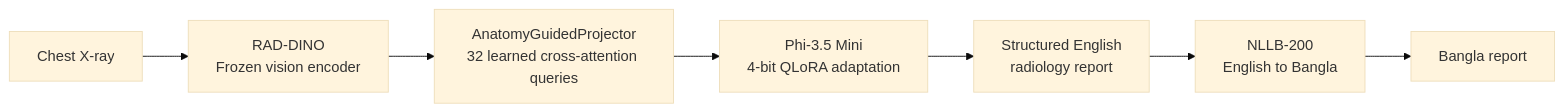
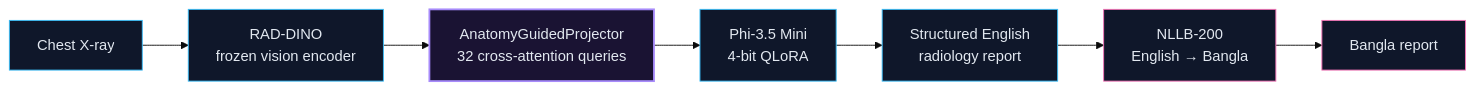
Before and after one commit to ahasan-ullah/Thesis: the diagram in README.md, drawn with Mermaid (base theme). The commit also changed other lines of this file and 4 other files, not shown here.

````diff
--- a/README.md
+++ b/README.md
@@ -17,9 +102,16 @@
 ```mermaid
 flowchart LR
-    A[Chest X-ray] --> B[RAD-DINO\nFrozen vision encoder]
-    B --> C[AnatomyGuidedProjector\n32 learned cross-attention queries]
-    C --> D[Phi-3.5 Mini\n4-bit QLoRA adaptation]
-    D --> E[Structured English\nradiology report]
-    E --> F[NLLB-200\nEnglish to Bangla]
+    A[Chest X-ray] --> B[RAD-DINO<br/>frozen vision encoder]
+    B --> C[AnatomyGuidedProjector<br/>32 cross-attention queries]
+    C --> D[Phi-3.5 Mini<br/>4-bit QLoRA]
+    D --> E[Structured English<br/>radiology report]
+    E --> F[NLLB-200<br/>English → Bangla]
     F --> G[Bangla report]
+
+    classDef s1 fill:#0f172a,stroke:#38bdf8,color:#e2e8f0
+    classDef proj fill:#1a1333,stroke:#a78bfa,color:#e2e8f0,stroke-width:2px
+    classDef s2 fill:#0f172a,stroke:#f472b6,color:#e2e8f0
+    class A,B,D,E s1
+    class C proj
+    class F,G s2
 ```
````
